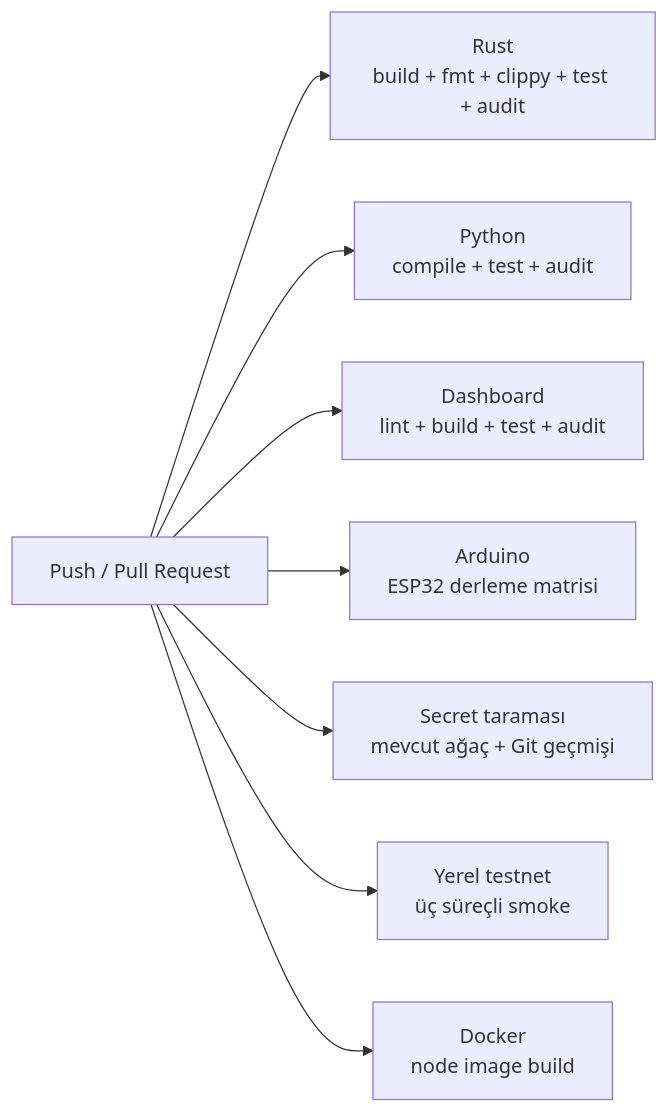
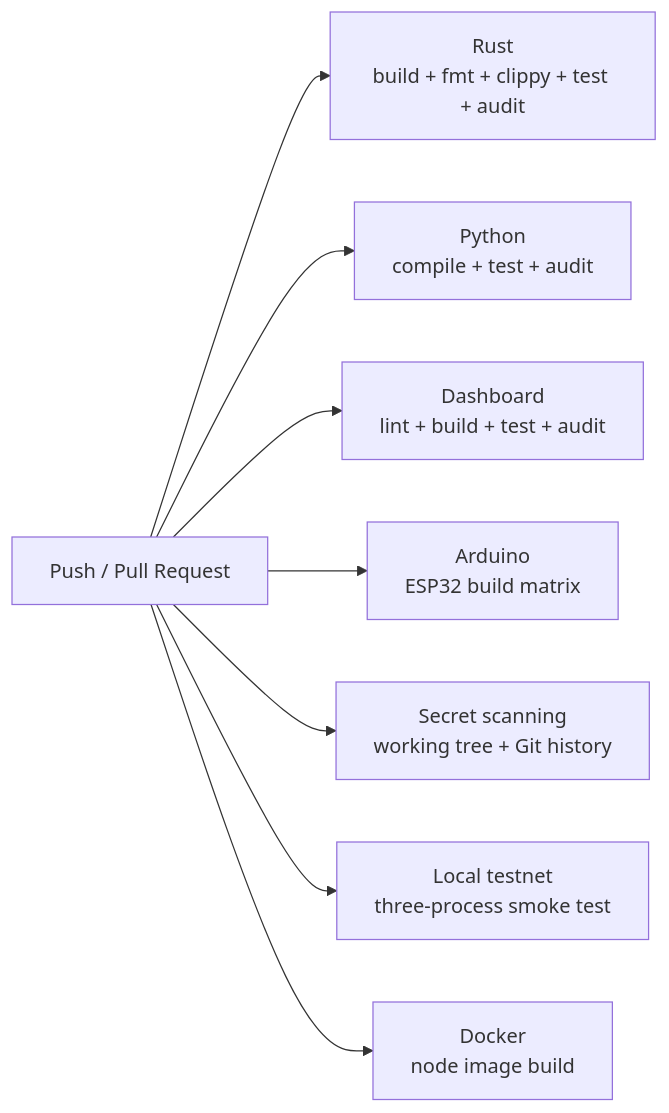
One commit to UfkuAcik/Embedded_Proof-of-Device_Network changed diagram 14 of 15 in README.md. Above: the diagram before and after it, drawn with Mermaid. The commit also changed other lines of this file, not shown here.

````diff
--- a/README.md
+++ b/README.md
@@ -765,10 +778,10 @@
 ```mermaid
 flowchart LR
     PUSH["Push / Pull Request"] --> RUST["Rust<br/>build + fmt + clippy + test + audit"]
     PUSH --> PY["Python<br/>compile + test + audit"]
     PUSH --> WEB["Dashboard<br/>lint + build + test + audit"]
-    PUSH --> ARD["Arduino<br/>ESP32 derleme matrisi"]
-    PUSH --> SEC["Secret taraması<br/>mevcut ağaç + Git geçmişi"]
-    PUSH --> NET["Yerel testnet<br/>üç süreçli smoke"]
+    PUSH --> ARD["Arduino<br/>ESP32 build matrix"]
+    PUSH --> SEC["Secret scanning<br/>working tree + Git history"]
+    PUSH --> NET["Local testnet<br/>three-process smoke test"]
     PUSH --> DOCKER["Docker<br/>node image build"]
 ```
````
